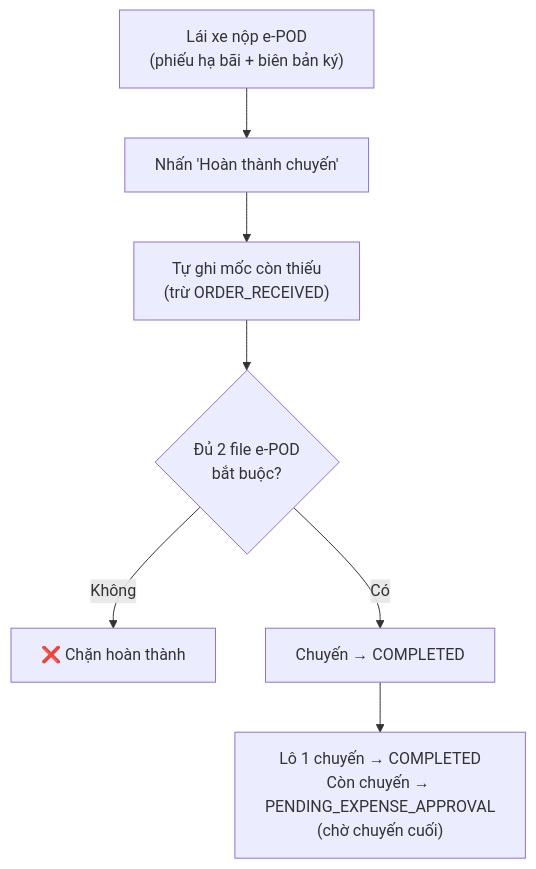
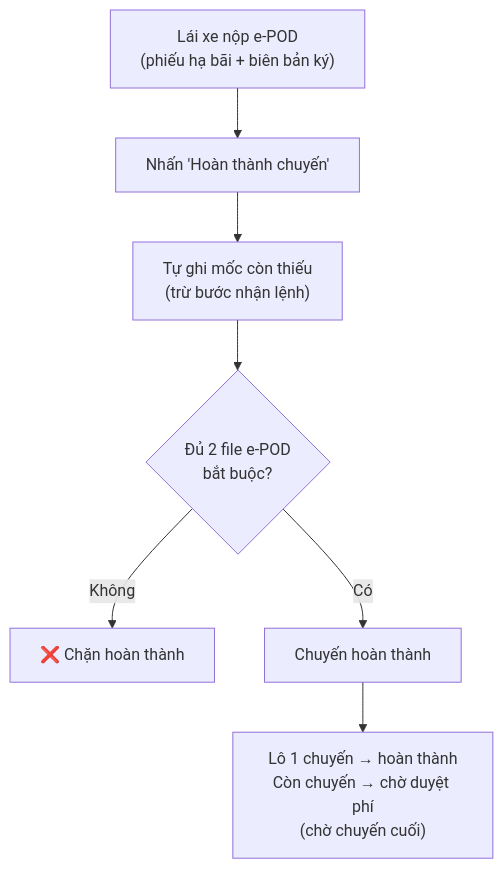
One commit to 4rankng/silversea changed the fifth of 7 diagrams in docs/prd/quy-trinh-cus-dieuvan-laixe.md. Above: the diagram before and after it, drawn with Mermaid. The commit also changed other lines of this file, not shown here.

````diff
--- a/docs/prd/quy-trinh-cus-dieuvan-laixe.md
+++ b/docs/prd/quy-trinh-cus-dieuvan-laixe.md
@@ -182,9 +187,9 @@
 ```mermaid
 flowchart TD
     A["Lái xe nộp e-POD\n(phiếu hạ bãi + biên bản ký)"] --> B["Nhấn 'Hoàn thành chuyến'"]
-    B --> C["Tự ghi mốc còn thiếu\n(trừ ORDER_RECEIVED)"]
+    B --> C["Tự ghi mốc còn thiếu\n(trừ bước nhận lệnh)"]
     C --> D{"Đủ 2 file e-POD\nbắt buộc?"}
     D -->|Không| E["❌ Chặn hoàn thành"]
-    D -->|Có| F["Chuyến → COMPLETED"]
-    F --> G["Lô 1 chuyến → COMPLETED\nCòn chuyến → PENDING_EXPENSE_APPROVAL\n(chờ chuyến cuối)"]
+    D -->|Có| F["Chuyến hoàn thành"]
+    F --> G["Lô 1 chuyến → hoàn thành\nCòn chuyến → chờ duyệt phí\n(chờ chuyến cuối)"]
 ```
````
